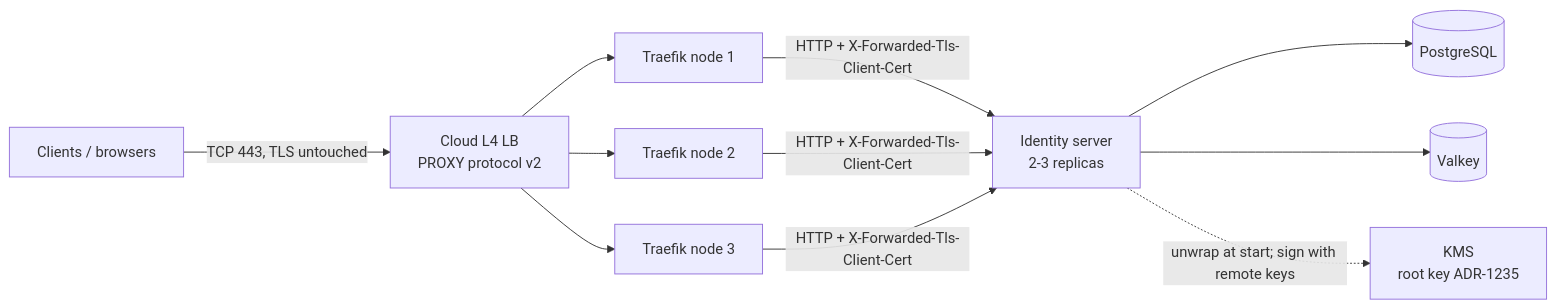
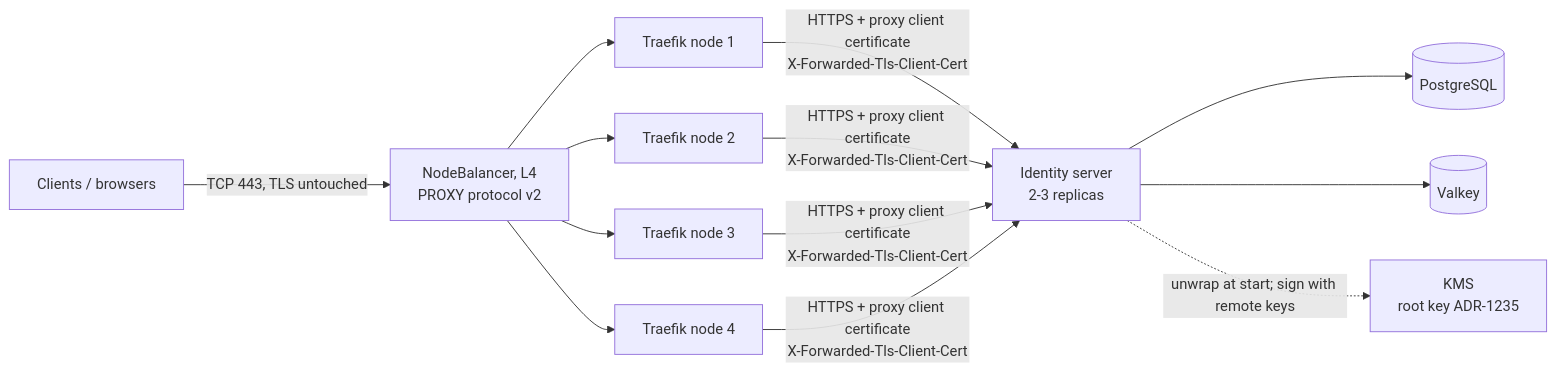
Before and after one commit to NCodeGroup/identity: the diagram in docs/hosting-analysis.md, drawn with Mermaid. The commit also changed other lines of this file and 8 other files, not shown here.

````diff
--- a/docs/hosting-analysis.md
+++ b/docs/hosting-analysis.md
@@ -258,11 +212,12 @@
 ```mermaid
 flowchart LR
-    C[Clients / browsers] -->|TCP 443, TLS untouched| LB[Cloud L4 LB<br/>PROXY protocol v2]
+    C[Clients / browsers] -->|TCP 443, TLS untouched| LB[NodeBalancer, L4<br/>PROXY protocol v2]
     LB --> T1[Traefik node 1]
     LB --> T2[Traefik node 2]
     LB --> T3[Traefik node 3]
-    T1 & T2 & T3 -->|HTTP + X-Forwarded-Tls-Client-Cert| API[Identity server<br/>2-3 replicas]
+    LB --> T4[Traefik node 4]
+    T1 & T2 & T3 & T4 -->|HTTPS + proxy client certificate<br/>X-Forwarded-Tls-Client-Cert| API[Identity server<br/>2-3 replicas]
     API --> PG[(PostgreSQL)]
     API --> VK[(Valkey)]
     API -.->|unwrap at start; sign with remote keys| KMS[KMS<br/>root key ADR-1235]
 ```
````
